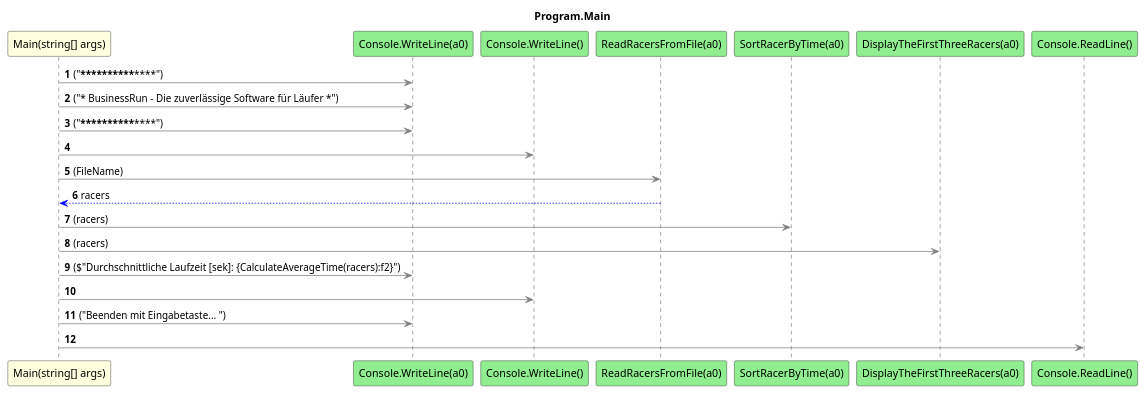
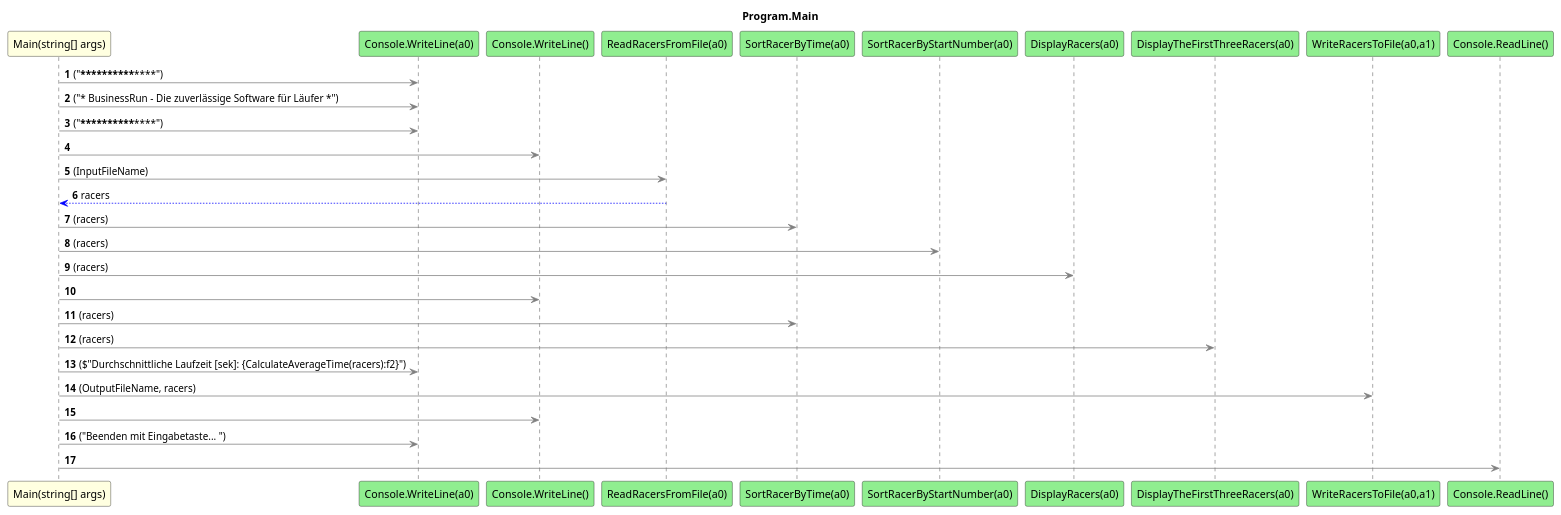
Before and after one commit to leoggehrer/2324-34_ABIF_ACIF_POSE: the diagram in BusinessRun.ConApp/diagrams/sq_Program_Main.puml, drawn with PlantUML. The commit also changed 31 other files, not shown here.

Commit message:
Generated diagrams.

```diff
--- a/BusinessRun.ConApp/diagrams/sq_Program_Main.puml
+++ b/BusinessRun.ConApp/diagrams/sq_Program_Main.puml
@@ -1,23 +1,31 @@
 @startuml Program.Main
 title Program.Main
 participant "Main(string[] args)" as Main_p0 #LightYellow
 participant "Console.WriteLine(a0)" as Console_WriteLine_a0 #LightGreen
 participant "Console.WriteLine()" as Console_WriteLine #LightGreen
 participant "ReadRacersFromFile(a0)" as ReadRacersFromFile_a0 #LightGreen
 participant "SortRacerByTime(a0)" as SortRacerByTime_a0 #LightGreen
+participant "SortRacerByStartNumber(a0)" as SortRacerByStartNumber_a0 #LightGreen
+participant "DisplayRacers(a0)" as DisplayRacers_a0 #LightGreen
 participant "DisplayTheFirstThreeRacers(a0)" as DisplayTheFirstThreeRacers_a0 #LightGreen
+participant "WriteRacersToFile(a0,a1)" as WriteRacersToFile_a0_a1 #LightGreen
 participant "Console.ReadLine()" as Console_ReadLine #LightGreen
 autonumber
 Main_p0 -[#grey]> Console_WriteLine_a0 : ("******************************************************")
 Main_p0 -[#grey]> Console_WriteLine_a0 : ("* BusinessRun - Die zuverlässige Software für Läufer *")
 Main_p0 -[#grey]> Console_WriteLine_a0 : ("******************************************************")
 Main_p0 -[#grey]> Console_WriteLine
-Main_p0 -[#grey]> ReadRacersFromFile_a0 : (FileName)
+Main_p0 -[#grey]> ReadRacersFromFile_a0 : (InputFileName)
 ReadRacersFromFile_a0 -[#blue]-> Main_p0 : racers
+Main_p0 -[#grey]> SortRacerByTime_a0 : (racers)
+Main_p0 -[#grey]> SortRacerByStartNumber_a0 : (racers)
+Main_p0 -[#grey]> DisplayRacers_a0 : (racers)
+Main_p0 -[#grey]> Console_WriteLine
 Main_p0 -[#grey]> SortRacerByTime_a0 : (racers)
 Main_p0 -[#grey]> DisplayTheFirstThreeRacers_a0 : (racers)
 Main_p0 -[#grey]> Console_WriteLine_a0 : ($"Durchschnittliche Laufzeit [sek]: {CalculateAverageTime(racers):f2}")
+Main_p0 -[#grey]> WriteRacersToFile_a0_a1 : (OutputFileName, racers)
 Main_p0 -[#grey]> Console_WriteLine
 Main_p0 -[#grey]> Console_WriteLine_a0 : ("Beenden mit Eingabetaste... ")
 Main_p0 -[#grey]> Console_ReadLine
 @enduml
```
